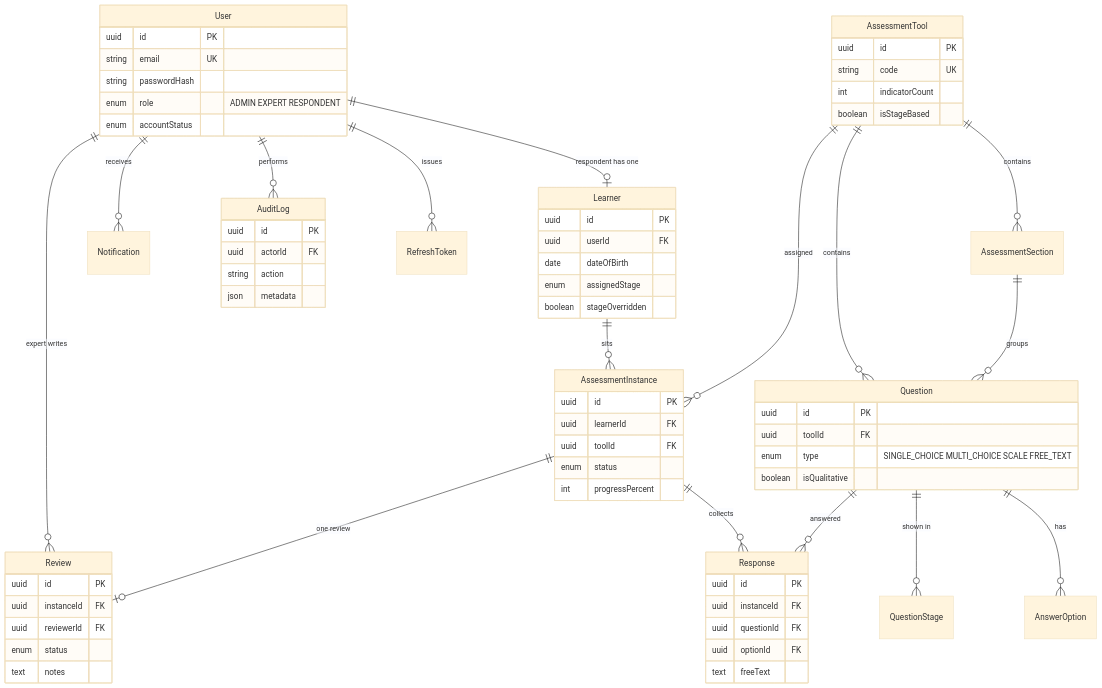
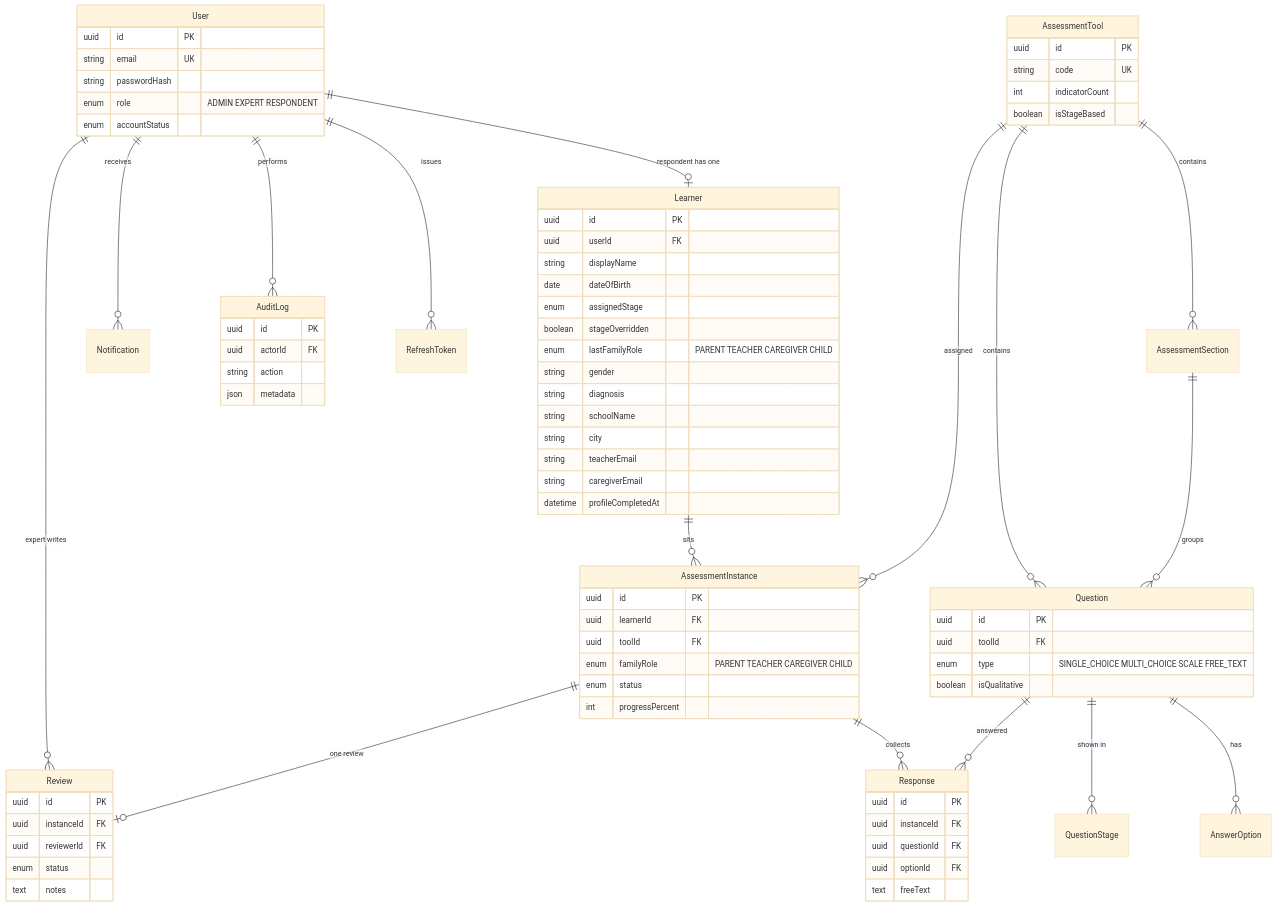
The diagram in docs/er-diagram.md (prakramika/pvi-cap), drawn with Mermaid (base theme) before and after one commit. The commit also changed other lines of this file and 66 other files, not shown here.

```diff
--- a/docs/er-diagram.md
+++ b/docs/er-diagram.md
@@ -36,9 +36,18 @@
   Learner {
     uuid id PK
     uuid userId FK
+    string displayName
     date dateOfBirth
     enum assignedStage
     boolean stageOverridden
+    enum lastFamilyRole "PARENT TEACHER CAREGIVER CHILD"
+    string gender
+    string diagnosis
+    string schoolName
+    string city
+    string teacherEmail
+    string caregiverEmail
+    datetime profileCompletedAt
   }
 
   AssessmentTool {
@@ -59,6 +68,7 @@
     uuid id PK
     uuid learnerId FK
     uuid toolId FK
+    enum familyRole "PARENT TEACHER CAREGIVER CHILD"
     enum status
     int progressPercent
   }
```
